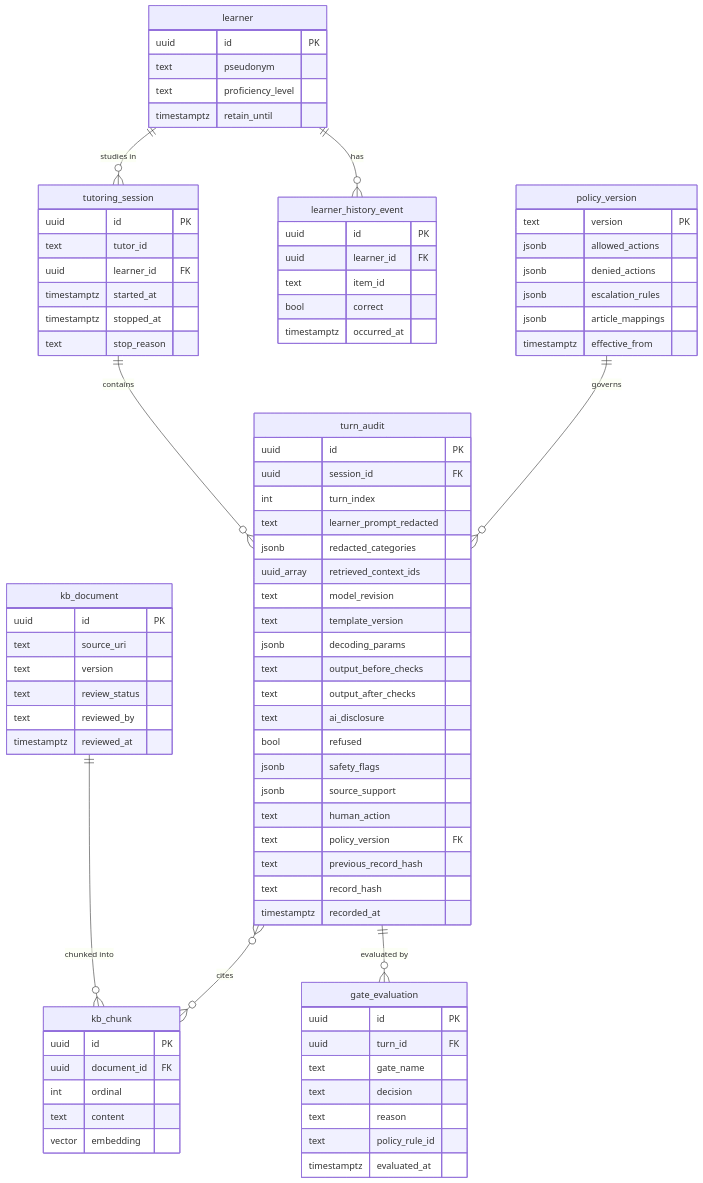
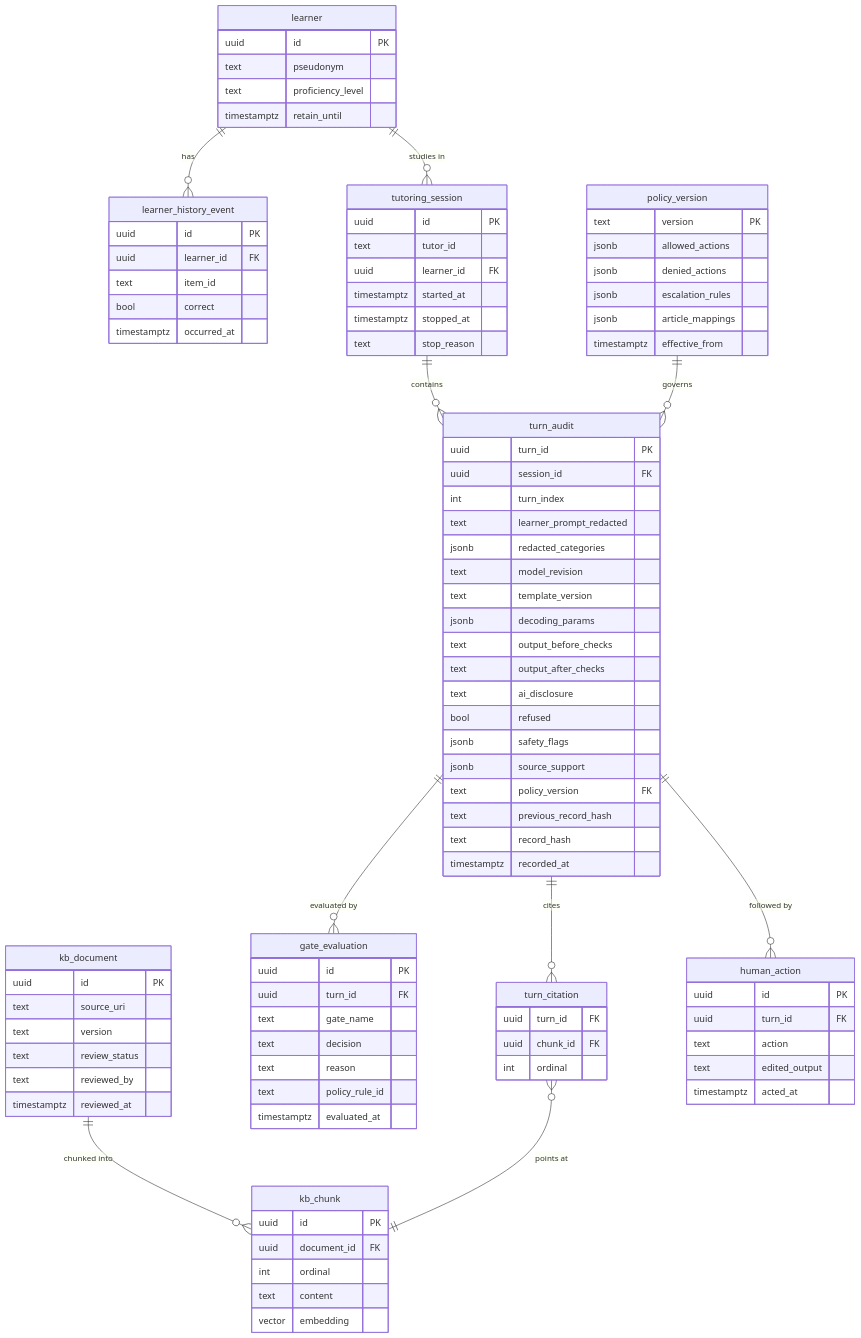
The eighth of 11 diagrams in docs/architecture/ARCHITECTURE.md (basiliofarach/two-agent-orchestration-language-learning), drawn with Mermaid before and after one commit. The commit also changed other lines of this file and 35 other files, not shown here.

First line of the commit message:
(BAS-44, BAS-11): enhance audit schema with session tracking and chain verification (#4)

```diff
--- a/docs/architecture/ARCHITECTURE.md
+++ b/docs/architecture/ARCHITECTURE.md
@@ -561,7 +575,9 @@
     learner ||--o{ tutoring_session : "studies in"
     tutoring_session ||--o{ turn_audit : "contains"
     turn_audit ||--o{ gate_evaluation : "evaluated by"
-    turn_audit }o--o{ kb_chunk : "cites"
+    turn_audit ||--o{ turn_citation : "cites"
+    turn_citation }o--|| kb_chunk : "points at"
+    turn_audit ||--o{ human_action : "followed by"
     policy_version ||--o{ turn_audit : "governs"
 
     kb_document {
@@ -601,12 +617,11 @@
         text stop_reason
     }
     turn_audit {
-        uuid id PK
+        uuid turn_id PK
         uuid session_id FK
         int turn_index
         text learner_prompt_redacted
         jsonb redacted_categories
-        uuid_array retrieved_context_ids
         text model_revision
         text template_version
         jsonb decoding_params
@@ -616,11 +631,22 @@
         bool refused
         jsonb safety_flags
         jsonb source_support
-        text human_action
         text policy_version FK
         text previous_record_hash
         text record_hash
         timestamptz recorded_at
+    }
+    turn_citation {
+        uuid turn_id FK
+        uuid chunk_id FK
+        int ordinal
+    }
+    human_action {
+        uuid id PK
+        uuid turn_id FK
+        text action
+        text edited_output
+        timestamptz acted_at
     }
     gate_evaluation {
         uuid id PK
```
